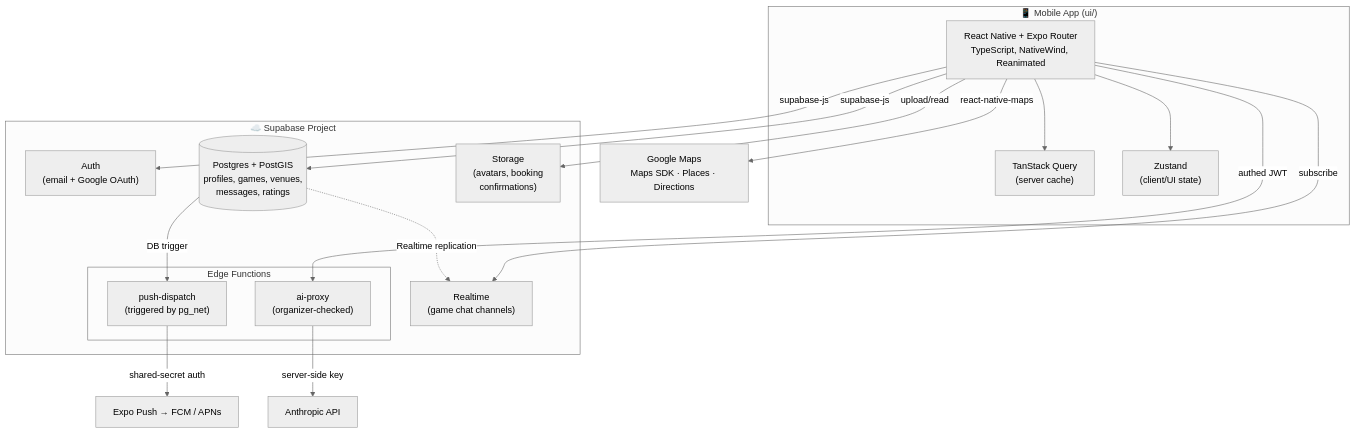
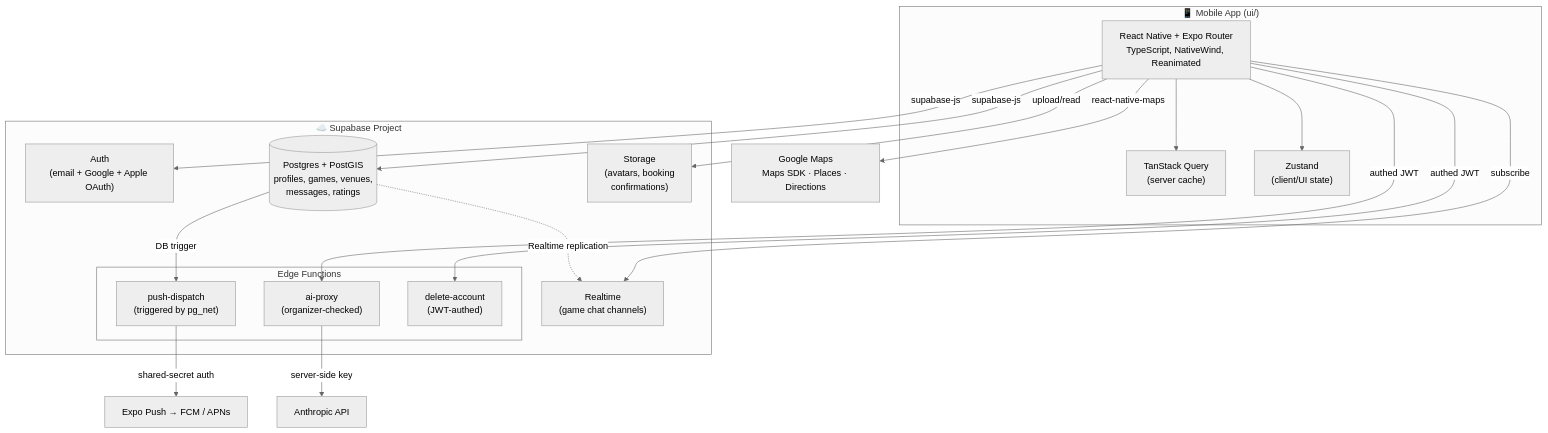
Before and after one commit to smashioapp/smashio-app: the diagram in README.md, drawn with Mermaid (neutral theme). The commit also changed other lines of this file and 4 other files, not shown here.

````diff
--- a/README.md
+++ b/README.md
@@ -11,35 +11,37 @@
 ```mermaid
 flowchart TB
     subgraph Client["📱 Mobile App (ui/)"]
         RN["React Native + Expo Router\nTypeScript, NativeWind, Reanimated"]
         RQ["TanStack Query\n(server cache)"]
         ZU["Zustand\n(client/UI state)"]
     end
 
     subgraph Supabase["☁️ Supabase Project"]
-        AUTH["Auth\n(email + Google OAuth)"]
+        AUTH["Auth\n(email + Google + Apple OAuth)"]
         PG[("Postgres + PostGIS\nprofiles, games, venues,\nmessages, ratings")]
         RT["Realtime\n(game chat channels)"]
         ST["Storage\n(avatars, booking\nconfirmations)"]
         subgraph EdgeFn["Edge Functions"]
             AIP["ai-proxy\n(organizer-checked)"]
             PD["push-dispatch\n(triggered by pg_net)"]
+            DEL["delete-account\n(JWT-authed)"]
         end
     end
 
     ANTHROPIC["Anthropic API"]
     EXPUSH["Expo Push → FCM / APNs"]
     GMAPS["Google Maps\nMaps SDK · Places · Directions"]
 
     RN --> RQ & ZU
     RN -->|"supabase-js"| AUTH
     RN -->|"supabase-js"| PG
     RN -->|"subscribe"| RT
     RN -->|"upload/read"| ST
     RN -->|"authed JWT"| AIP
+    RN -->|"authed JWT"| DEL
     RN -->|"react-native-maps"| GMAPS
     AIP -->|"server-side key"| ANTHROPIC
     PG -->|"DB trigger"| PD
     PD -->|"shared-secret auth"| EXPUSH
     PG -.->|"Realtime replication"| RT
 ```
````
